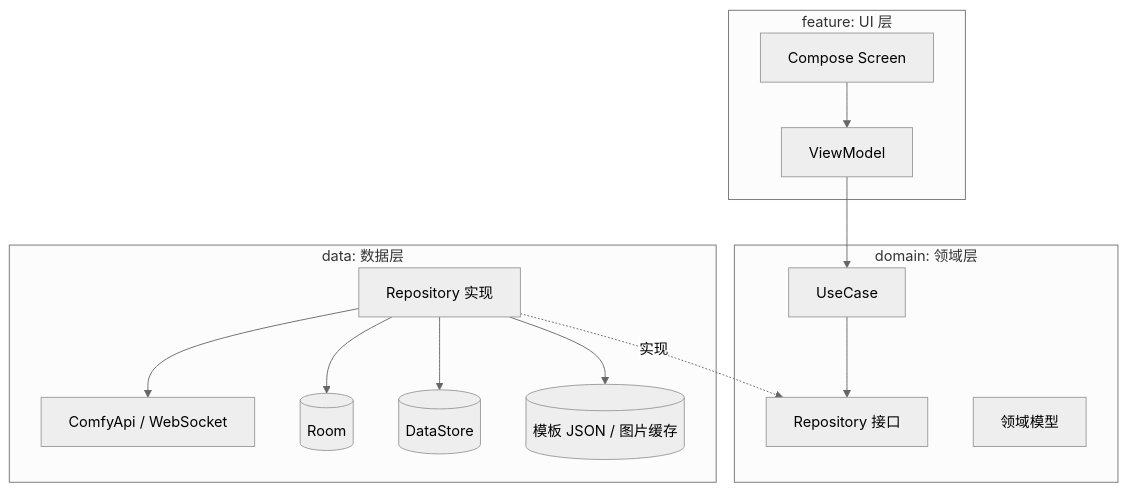
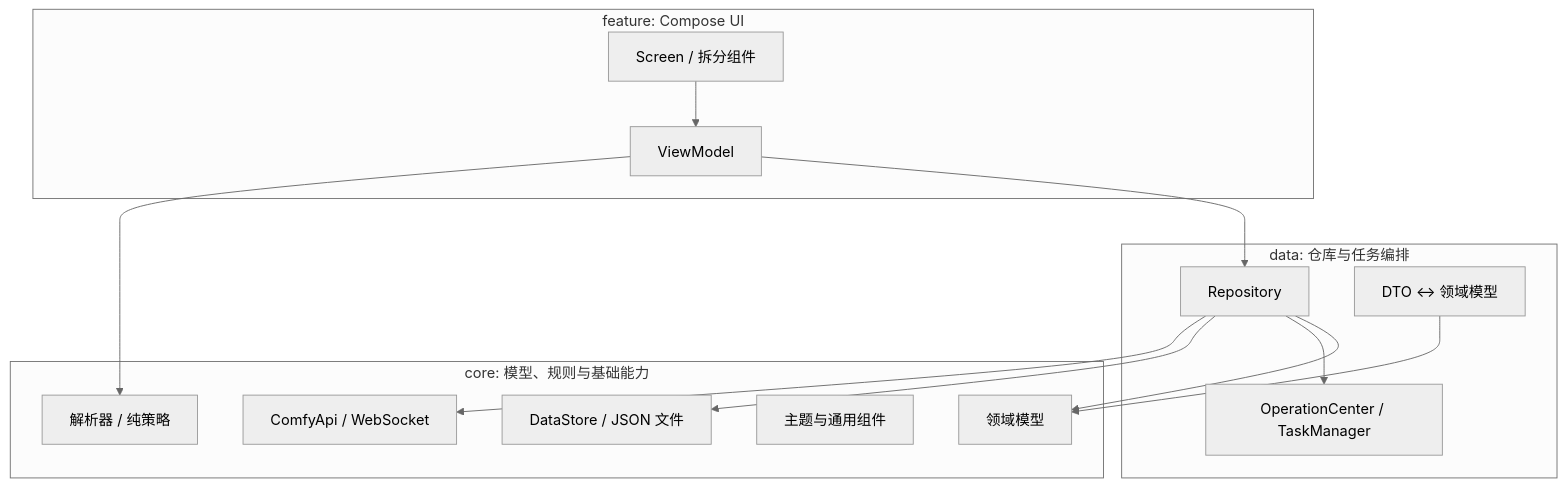
Before and after one commit to xiaowu20245/NekoPaint: the second of 5 diagrams in ARCHITECTURE.md, drawn with Mermaid (neutral theme). The commit also changed other lines of this file and 4 other files, not shown here.

````diff
--- a/ARCHITECTURE.md
+++ b/ARCHITECTURE.md
@@ -73,25 +73,27 @@
 ```mermaid
 flowchart TB
-    subgraph UI[feature: UI 层]
-        SC[Compose Screen]
+    subgraph UI[feature: Compose UI]
+        SC[Screen / 拆分组件]
         VM[ViewModel]
     end
-    subgraph DOMAIN[domain: 领域层]
-        UC[UseCase]
-        RI[Repository 接口]
-        DM[领域模型]
+    subgraph CORE[core: 模型、规则与基础能力]
+        MODEL[领域模型]
+        POLICY[解析器 / 纯策略]
+        NET[ComfyApi / WebSocket]
+        UIKIT[主题与通用组件]
+        STORE[DataStore / JSON 文件]
     end
-    subgraph DATA[data: 数据层]
-        RImpl[Repository 实现]
-        API[ComfyApi / WebSocket]
-        DB[(Room)]
-        DS[(DataStore)]
-        FILES[(模板 JSON / 图片缓存)]
+    subgraph DATA[data: 仓库与任务编排]
+        REPO[Repository]
+        OP[OperationCenter / TaskManager]
+        MAPPER[DTO <-> 领域模型]
     end
-    SC --> VM --> UC --> RI
-    RImpl -.实现.-> RI
-    RImpl --> API
-    RImpl --> DB
-    RImpl --> DS
-    RImpl --> FILES
+    SC --> VM
+    VM --> POLICY
+    VM --> REPO
+    REPO --> NET
+    REPO --> STORE
+    REPO --> OP
+    REPO --> MODEL
+    MAPPER --> MODEL
 ```
````
